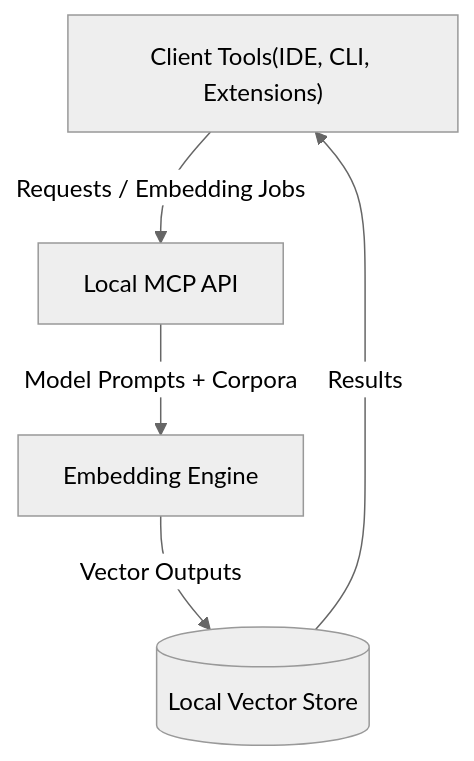
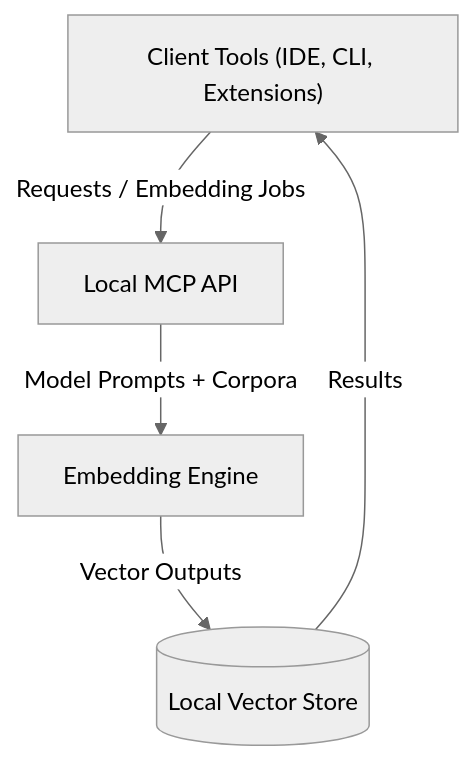
One commit to JudgeZ/EmbedNexus changed the diagram in docs/security/threat-model.md. Above: the diagram before and after it, drawn with Mermaid (neutral theme).

Commit message:
Fix formatting in threat-model.md

````diff
--- a/docs/security/threat-model.md
+++ b/docs/security/threat-model.md
@@ -7,7 +7,7 @@
 ```mermaid
 graph TD
-  Client["Client Tools(IDE, CLI, Extensions)"] -->|Requests / Embedding Jobs| API[Local MCP API]
+  Client["Client Tools (IDE, CLI, Extensions)"] -->|Requests / Embedding Jobs| API[Local MCP API]
   API -->|Model Prompts + Corpora| Engine[Embedding Engine]
   Engine -->|Vector Outputs| Store[(Local Vector Store)]
   Store -->|Results| Client
 ```
````
